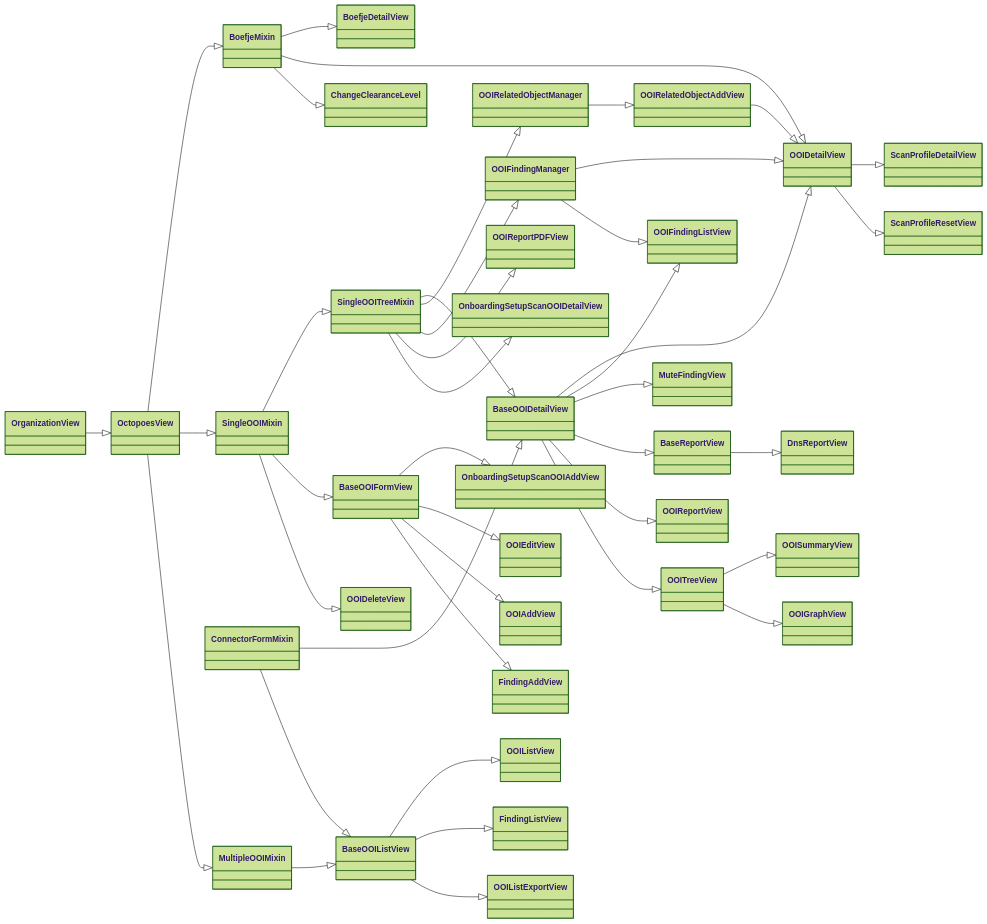
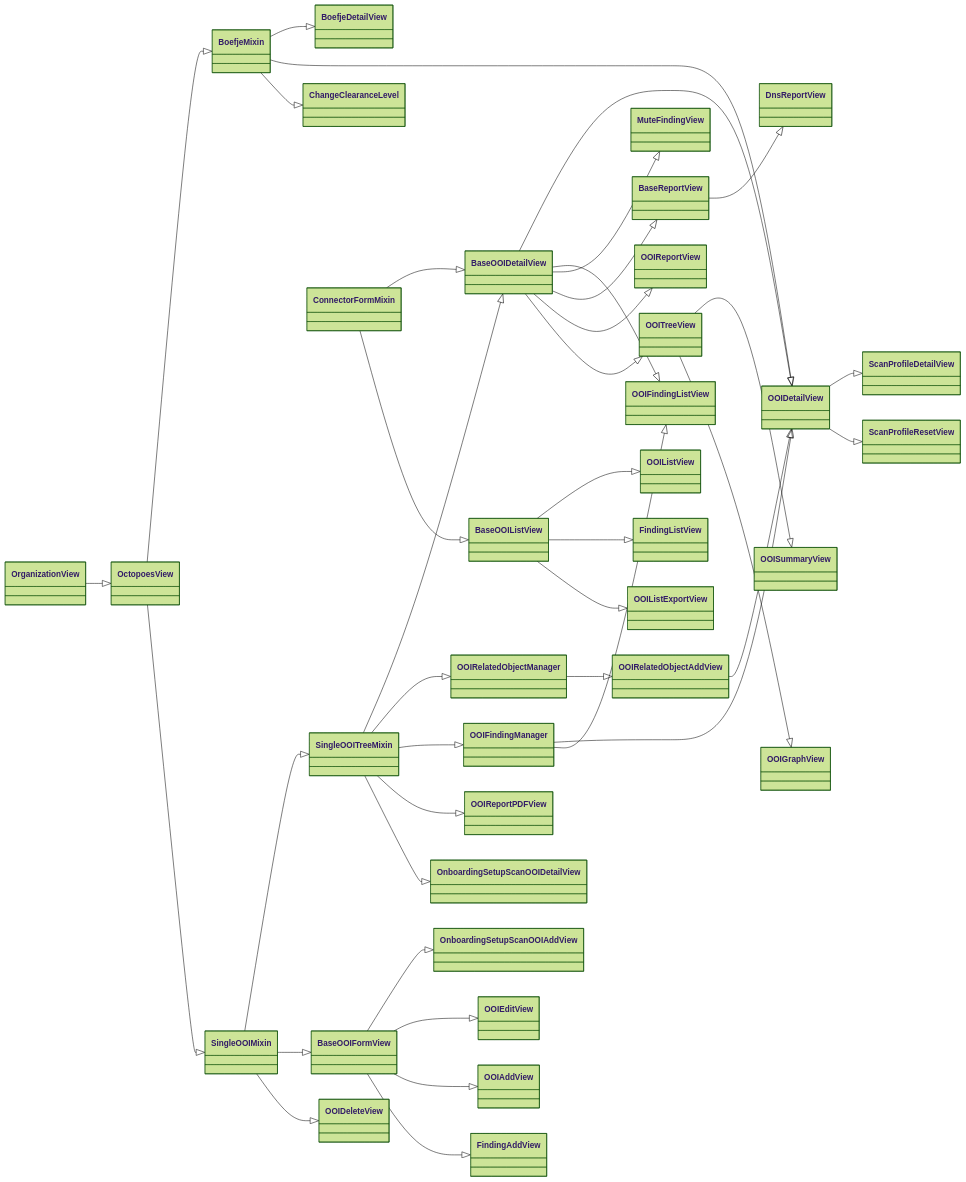
Before and after one commit to minvws/nl-kat-coordination: the third of 4 diagrams in docs/source/developer_documentation/rocky.md, drawn with Mermaid (forest theme). The commit also changed 6 other files, not shown here.

````diff
--- a/docs/source/developer_documentation/rocky.md
+++ b/docs/source/developer_documentation/rocky.md
@@ -162,58 +162,56 @@
 ```{mermaid}
 classDiagram
 direction RL
     class OrganizationView
     class OctopoesView
     class BoefjeMixin
 
     OctopoesView <|-- OrganizationView
 
     BoefjeMixin <|-- OctopoesView
     BoefjeDetailView <|-- BoefjeMixin
     OOIDetailView <|-- BoefjeMixin
     OOIDetailView <|-- OOIRelatedObjectAddView
     OOIDetailView <|-- OOIFindingManager
     ChangeClearanceLevel <|-- BoefjeMixin
 
     SingleOOIMixin <|-- OctopoesView
     SingleOOITreeMixin <|-- SingleOOIMixin
 
     BaseOOIDetailView <|-- SingleOOITreeMixin
     BaseOOIDetailView <|-- ConnectorFormMixin
     OOIDetailView <|-- BaseOOIDetailView
     OOIFindingListView <|-- OOIFindingManager
     OOIFindingListView <|-- BaseOOIDetailView
     MuteFindingView <|-- BaseOOIDetailView
     BaseReportView <|-- BaseOOIDetailView
     DnsReportView <|-- BaseReportView
 
     OOIReportView <|-- BaseOOIDetailView
     OOITreeView <|-- BaseOOIDetailView
     OOISummaryView <|-- OOITreeView
     OOIGraphView <|-- OOITreeView
 
     OOIRelatedObjectManager <|-- SingleOOITreeMixin
     OOIFindingManager <|-- SingleOOITreeMixin
     OOIRelatedObjectAddView <|-- OOIRelatedObjectManager
 
     OOIReportPDFView <|-- SingleOOITreeMixin
     OnboardingSetupScanOOIDetailView <|-- SingleOOITreeMixin
 
     BaseOOIFormView <|-- SingleOOIMixin
     OOIDeleteView <|-- SingleOOIMixin
 
     OnboardingSetupScanOOIAddView <|-- BaseOOIFormView
     OOIEditView <|-- BaseOOIFormView
     OOIAddView <|-- BaseOOIFormView
     FindingAddView <|-- BaseOOIFormView
 
-    MultipleOOIMixin <|-- OctopoesView
-    BaseOOIListView <|-- MultipleOOIMixin
     BaseOOIListView <|-- ConnectorFormMixin
     OOIListView <|-- BaseOOIListView
     FindingListView <|-- BaseOOIListView
     OOIListExportView <|-- BaseOOIListView
 
     ScanProfileDetailView <|-- OOIDetailView
     ScanProfileResetView <|-- OOIDetailView
 ```
````
